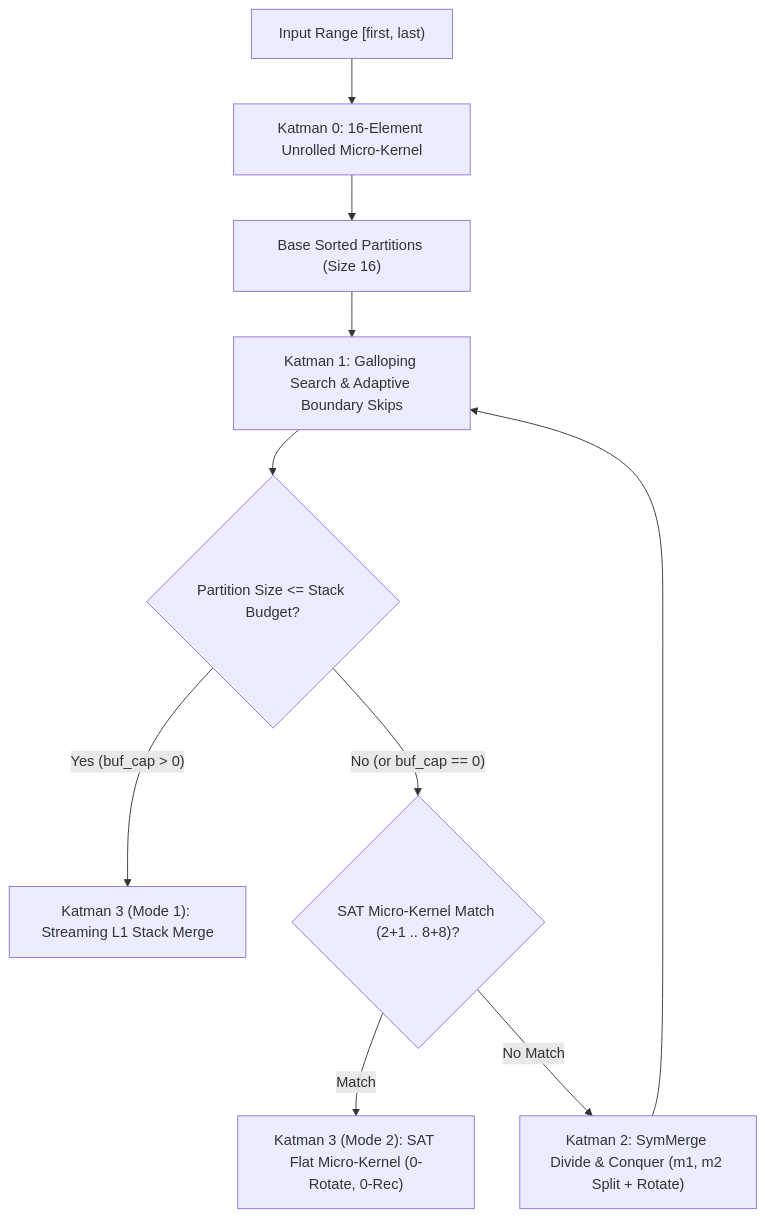
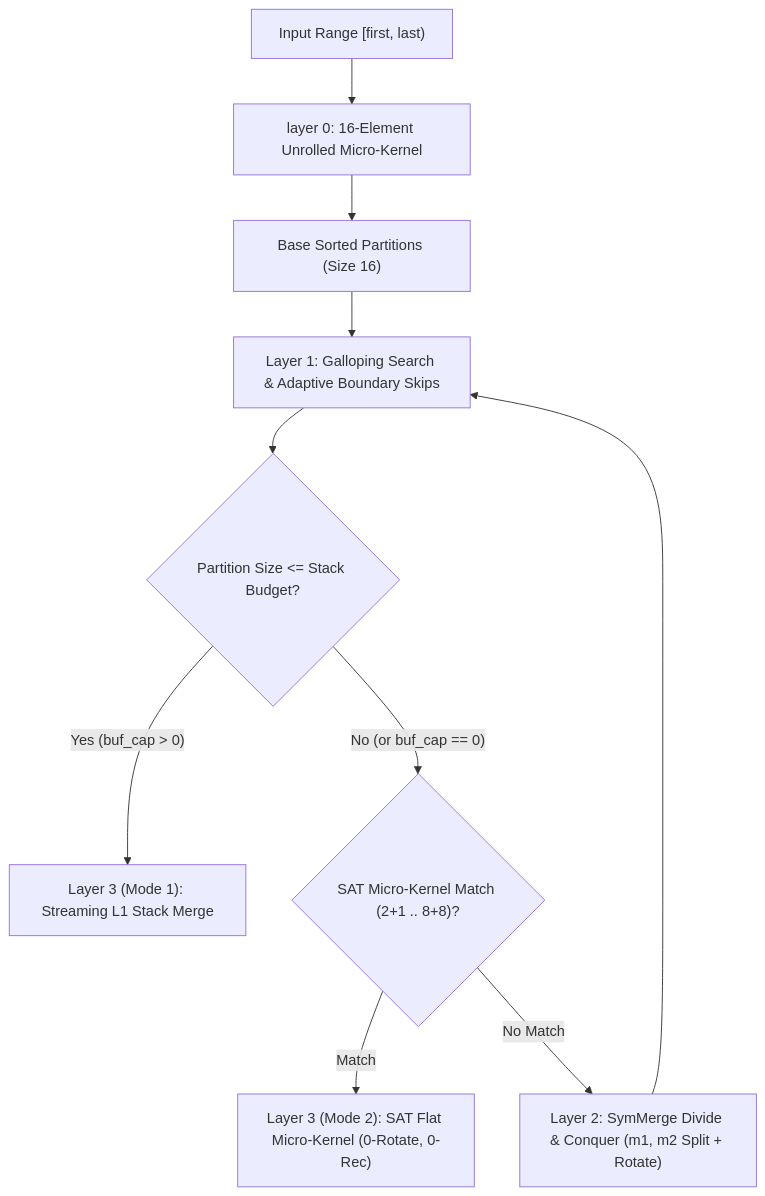
Before and after one commit to AbiltyGit/V-BlockSort: the diagram in README.md, drawn with Mermaid. The commit also changed other lines of this file, not shown here.

Commit message:
Refactor README to use 'Layer' instead of 'Katman'
Updated terminology from 'Katman' to 'Layer' for consistency.

````diff
--- a/README.md
+++ b/README.md
@@ -92,12 +92,12 @@
 ```mermaid
 graph TD
-    A["Input Range [first, last)"] --> B["Katman 0: 16-Element Unrolled Micro-Kernel"]
+    A["Input Range [first, last)"] --> B["layer 0: 16-Element Unrolled Micro-Kernel"]
     B --> C["Base Sorted Partitions (Size 16)"]
-    C --> D["Katman 1: Galloping Search & Adaptive Boundary Skips"]
+    C --> D["Layer 1: Galloping Search & Adaptive Boundary Skips"]
     D --> E{"Partition Size <= Stack Budget?"}
-    E -- Yes (buf_cap > 0) --> F["Katman 3 (Mode 1): Streaming L1 Stack Merge"]
+    E -- Yes (buf_cap > 0) --> F["Layer 3 (Mode 1): Streaming L1 Stack Merge"]
     E -- No (or buf_cap == 0) --> G{"SAT Micro-Kernel Match (2+1 .. 8+8)?"}
-    G -- Match --> H["Katman 3 (Mode 2): SAT Flat Micro-Kernel (0-Rotate, 0-Rec)"]
-    G -- No Match --> I["Katman 2: SymMerge Divide & Conquer (m1, m2 Split + Rotate)"]
+    G -- Match --> H["Layer 3 (Mode 2): SAT Flat Micro-Kernel (0-Rotate, 0-Rec)"]
+    G -- No Match --> I["Layer 2: SymMerge Divide & Conquer (m1, m2 Split + Rotate)"]
     I --> D
 ```
````
